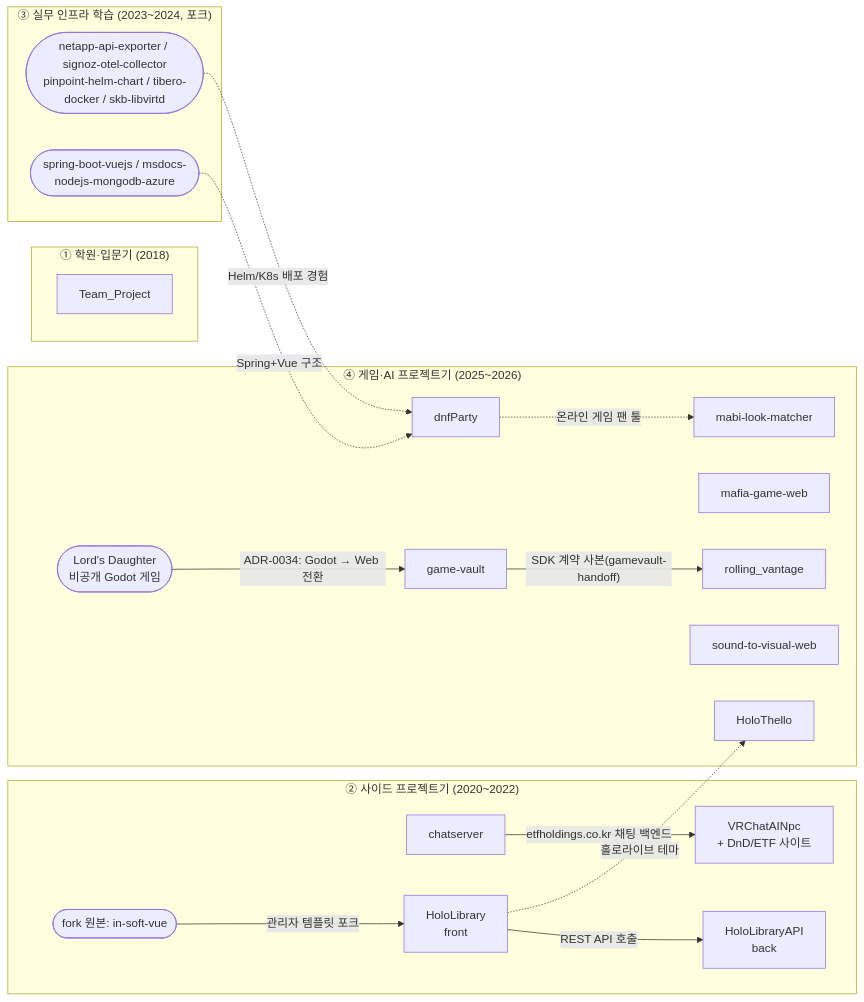
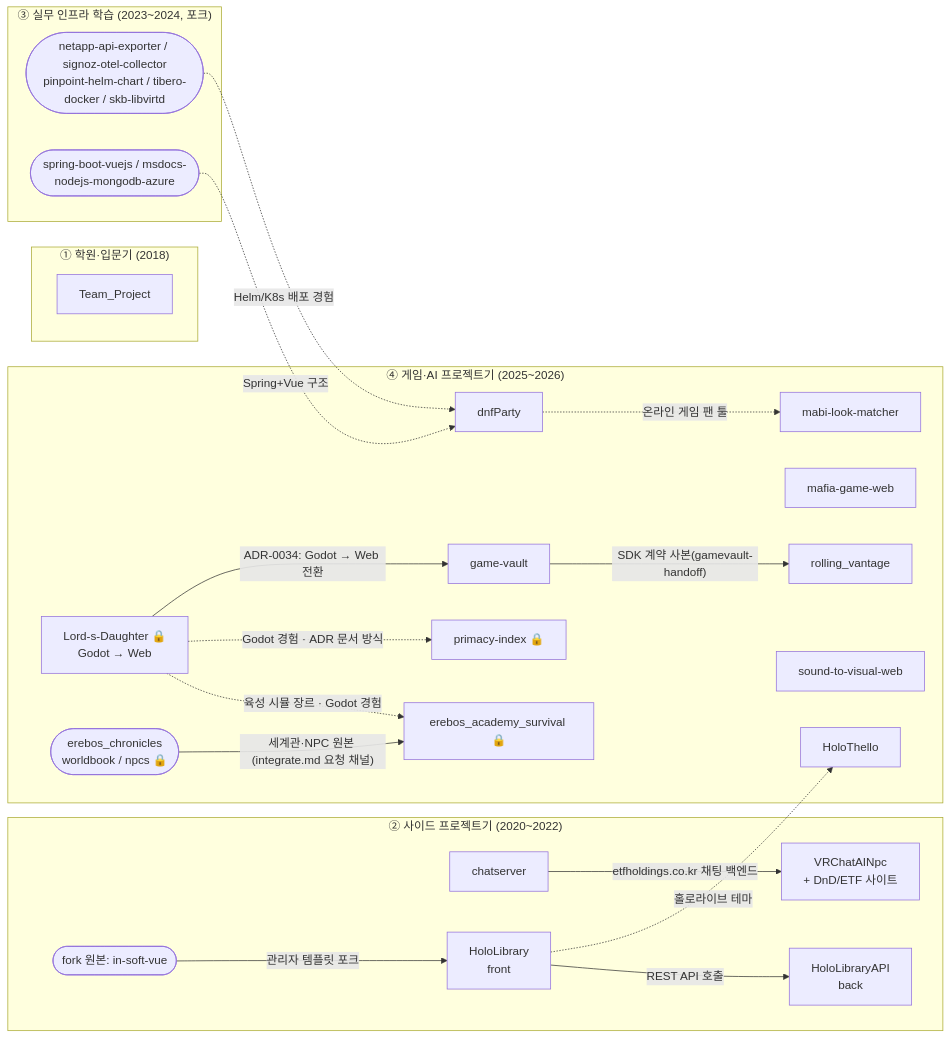
Before and after one commit to kalraid/private_wiki: the diagram in repos/README.md, drawn with Mermaid. The commit also changed other lines of this file and 2 other files, not shown here.

````diff
--- a/repos/README.md
+++ b/repos/README.md
@@ -31,40 +34,47 @@
 ```mermaid
 flowchart LR
   subgraph S1["① 학원·입문기 (2018)"]
     TP[Team_Project]
   end
 
   subgraph S2["② 사이드 프로젝트기 (2020~2022)"]
     VR[VRChatAINpc<br/>+ DnD/ETF 사이트]
     CS[chatserver]
     HL[HoloLibrary<br/>front]
     HLA[HoloLibraryAPI<br/>back]
     INS([fork 원본: in-soft-vue])
   end
 
   subgraph S3["③ 실무 인프라 학습 (2023~2024, 포크)"]
     F1([netapp-api-exporter / signoz-otel-collector<br/>pinpoint-helm-chart / tibero-docker / skb-libvirtd])
     F2([spring-boot-vuejs / msdocs-nodejs-mongodb-azure])
   end
 
   subgraph S4["④ 게임·AI 프로젝트기 (2025~2026)"]
     HT[HoloThello]
     DNF[dnfParty]
     MAF[mafia-game-web]
     MABI[mabi-look-matcher]
     STV[sound-to-visual-web]
     GV[game-vault]
     RV[rolling_vantage]
-    LD([Lord's Daughter<br/>비공개 Godot 게임])
+    LD[Lord-s-Daughter 🔒<br/>Godot → Web]
+    ER[erebos_academy_survival 🔒]
+    EW([erebos_chronicles<br/>worldbook / npcs 🔒])
+    PI[primacy-index 🔒]
   end
+
+  EW -- "세계관·NPC 원본 (integrate.md 요청 채널)" --> ER
+  LD -. "육성 시뮬 장르 · Godot 경험" .-> ER
+  LD -. "Godot 경험 · ADR 문서 방식" .-> PI
 
   CS -- "etfholdings.co.kr 채팅 백엔드" --> VR
   INS -- "관리자 템플릿 포크" --> HL
   HL -- "REST API 호출" --> HLA
   HL -. "홀로라이브 테마" .-> HT
   F1 -. "Helm/K8s 배포 경험" .-> DNF
   F2 -. "Spring+Vue 구조" .-> DNF
   GV -- "SDK 계약 사본(gamevault-handoff)" --> RV
   LD -- "ADR-0034: Godot → Web 전환" --> GV
   DNF -. "온라인 게임 팬 툴" .-> MABI
 ```
````
